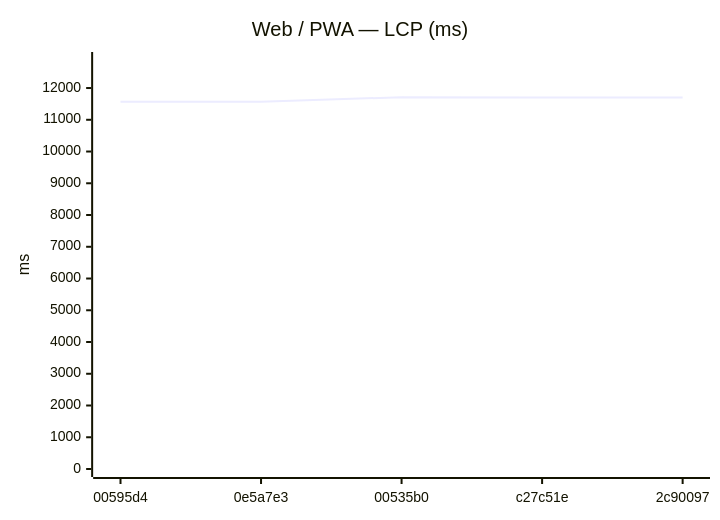
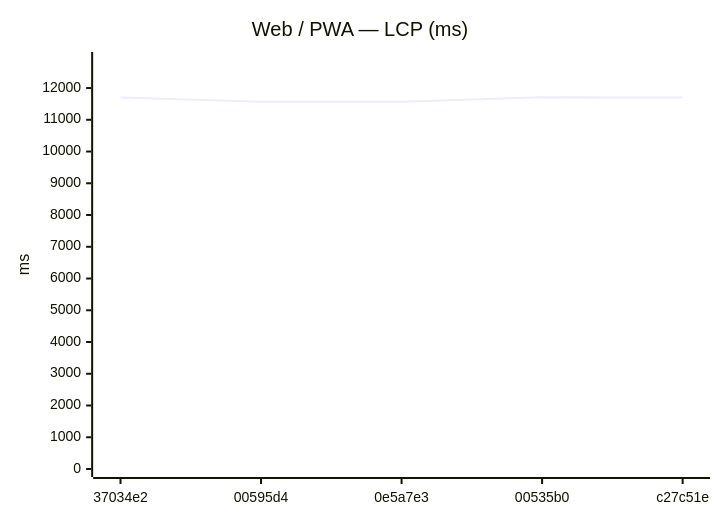
One commit to Metaheurist/Rianell changed the ninth of 24 diagrams in benchmarks/compare.md. Above: the diagram before and after it, drawn with Mermaid. The commit also changed other lines of this file and 12 other files, not shown here.

````diff
--- a/benchmarks/compare.md
+++ b/benchmarks/compare.md
@@ -132,7 +136,7 @@
 ```mermaid
 xychart-beta
     title "Web / PWA — LCP (ms)"
-    x-axis ["00595d4", "0e5a7e3", "00535b0", "c27c51e", "2c90097"]
+    x-axis ["37034e2", "00595d4", "0e5a7e3", "00535b0", "c27c51e"]
     y-axis "ms" 0 --> 12883
-    line [11566, 11571, 11711, 11699, 11703]
+    line [11698, 11566, 11571, 11711, 11699]
 ```
````
